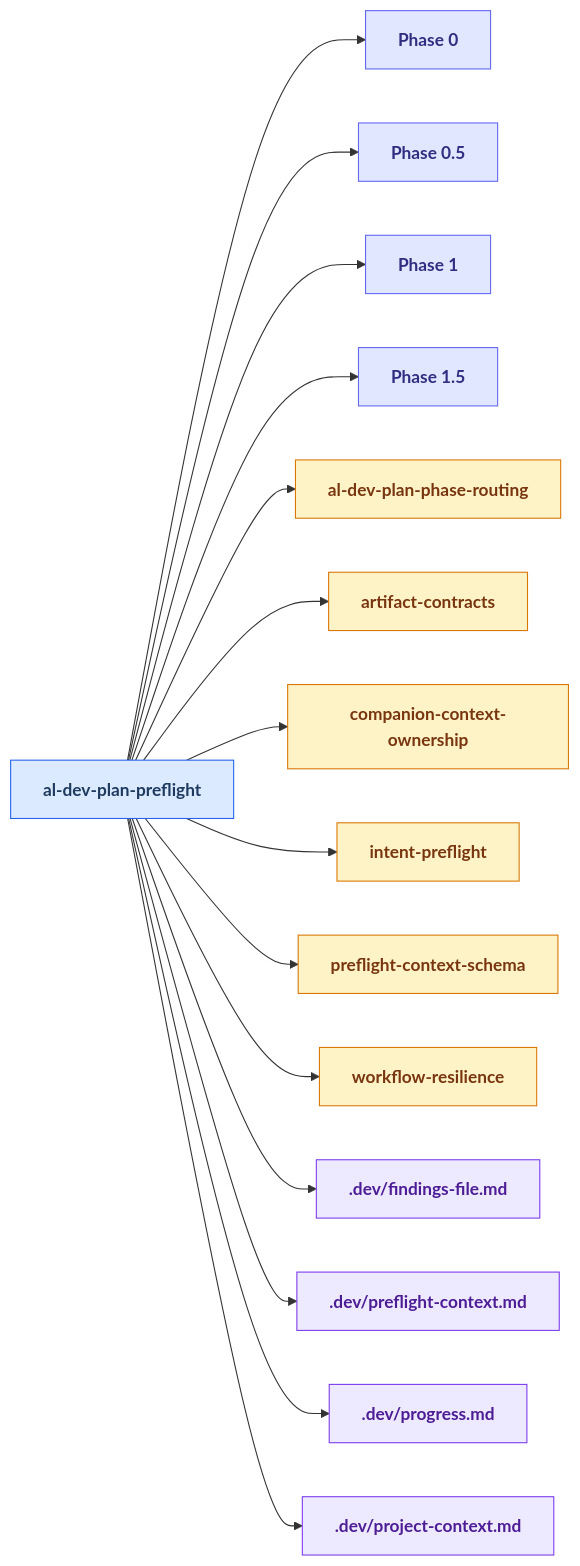
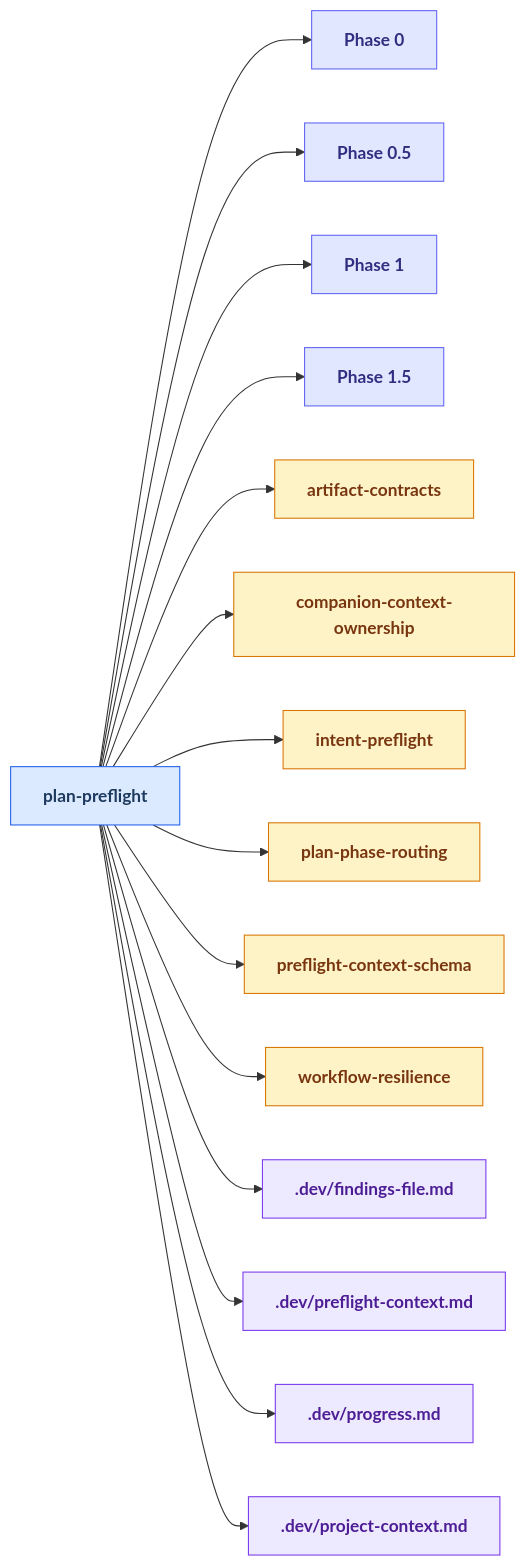
The eighth of 24 diagrams in docs/skills_map.md (russell-laing/al-dev-shared), drawn with Mermaid before and after one commit. The commit also changed other lines of this file and 8 other files, not shown here.

````diff
--- a/docs/skills_map.md
+++ b/docs/skills_map.md
@@ -421,55 +432,55 @@
 ```mermaid
 flowchart LR
     classDef skillNode fill:#dbeafe,stroke:#2563eb,color:#1e3a5f,font-weight:bold
     classDef agentNode fill:#d1fae5,stroke:#059669,color:#064e3b,font-weight:bold
     classDef knowledgeNode fill:#fef3c7,stroke:#d97706,color:#78350f,font-weight:bold
     classDef artifactNode fill:#ede9fe,stroke:#7c3aed,color:#4c1d95,font-weight:bold
     classDef phaseNode fill:#e0e7ff,stroke:#6366f1,color:#312e81,font-weight:bold
 
-    skill_al_dev_plan_preflight[al-dev-plan-preflight]
+    skill_plan_preflight[plan-preflight]
     Phase0["Phase 0"]
     Phase0_5["Phase 0.5"]
     Phase1["Phase 1"]
     Phase1_5["Phase 1.5"]
-    knowledge_al_dev_plan_phase_routing_md[al-dev-plan-phase-routing]
     knowledge_artifact_contracts_md[artifact-contracts]
     knowledge_companion_context_ownership_md[companion-context-ownership]
     knowledge_intent_preflight_md[intent-preflight]
+    knowledge_plan_phase_routing_md[plan-phase-routing]
     knowledge_preflight_context_schema_md[preflight-context-schema]
     knowledge_workflow_resilience_md[workflow-resilience]
     artifact_findings_file_md[.dev/findings-file.md]
     artifact_preflight_context_md[.dev/preflight-context.md]
     artifact_progress_md[.dev/progress.md]
     artifact_project_context_md[.dev/project-context.md]
 
-    skill_al_dev_plan_preflight --> Phase0
-    skill_al_dev_plan_preflight --> Phase0_5
-    skill_al_dev_plan_preflight --> Phase1
-    skill_al_dev_plan_preflight --> Phase1_5
-    skill_al_dev_plan_preflight --> knowledge_al_dev_plan_phase_routing_md
-    skill_al_dev_plan_preflight --> knowledge_artifact_contracts_md
-    skill_al_dev_plan_preflight --> knowledge_companion_context_ownership_md
-    skill_al_dev_plan_preflight --> knowledge_intent_preflight_md
-    skill_al_dev_plan_preflight --> knowledge_preflight_context_schema_md
-    skill_al_dev_plan_preflight --> knowledge_workflow_resilience_md
-    skill_al_dev_plan_preflight --> artifact_findings_file_md
-    skill_al_dev_plan_preflight --> artifact_preflight_context_md
-    skill_al_dev_plan_preflight --> artifact_progress_md
-    skill_al_dev_plan_preflight --> artifact_project_context_md
+    skill_plan_preflight --> Phase0
+    skill_plan_preflight --> Phase0_5
+    skill_plan_preflight --> Phase1
+    skill_plan_preflight --> Phase1_5
+    skill_plan_preflight --> knowledge_artifact_contracts_md
+    skill_plan_preflight --> knowledge_companion_context_ownership_md
+    skill_plan_preflight --> knowledge_intent_preflight_md
+    skill_plan_preflight --> knowledge_plan_phase_routing_md
+    skill_plan_preflight --> knowledge_preflight_context_schema_md
+    skill_plan_preflight --> knowledge_workflow_resilience_md
+    skill_plan_preflight --> artifact_findings_file_md
+    skill_plan_preflight --> artifact_preflight_context_md
+    skill_plan_preflight --> artifact_progress_md
+    skill_plan_preflight --> artifact_project_context_md
 
-    class skill_al_dev_plan_preflight skillNode
+    class skill_plan_preflight skillNode
     class Phase0 phaseNode
     class Phase0_5 phaseNode
     class Phase1 phaseNode
     class Phase1_5 phaseNode
-    class knowledge_al_dev_plan_phase_routing_md knowledgeNode
     class knowledge_artifact_contracts_md knowledgeNode
     class knowledge_companion_context_ownership_md knowledgeNode
     class knowledge_intent_preflight_md knowledgeNode
+    class knowledge_plan_phase_routing_md knowledgeNode
     class knowledge_preflight_context_schema_md knowledgeNode
     class knowledge_workflow_resilience_md knowledgeNode
     class artifact_findings_file_md artifactNode
     class artifact_preflight_context_md artifactNode
     class artifact_progress_md artifactNode
     class artifact_project_context_md artifactNode
 ```
````
